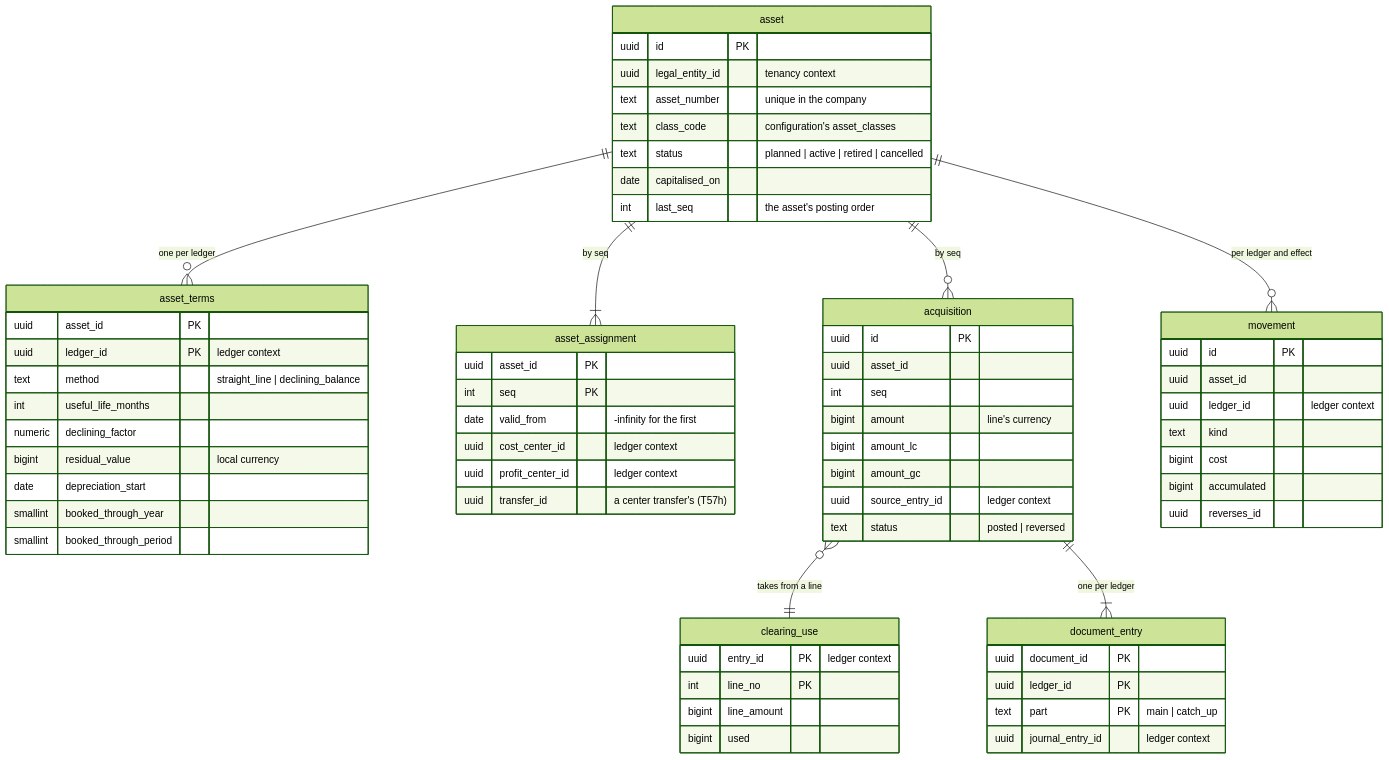
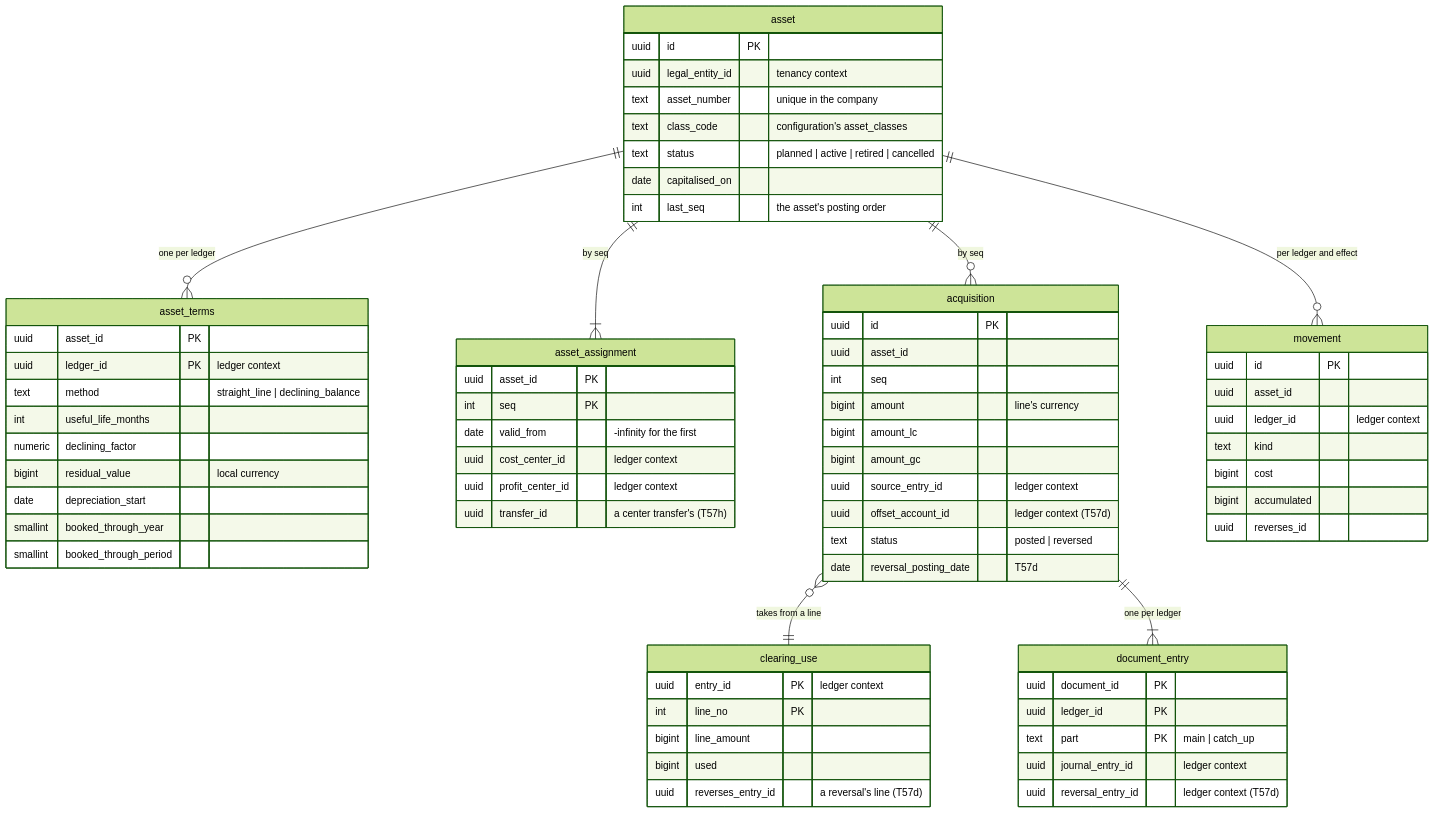
One commit to mustie7iy/agentic-erp changed diagram 13 of 13 in docs/design/03-data-model.md. Above: the diagram before and after it, drawn with Mermaid (forest theme). The commit also changed other lines of this file and 39 other files, not shown here.

Commit message:
T57d: manual acquisitions against an offset account and acquisition reversal: reverseAssetAcquisition, a reversed line's reversal line taken off the assets holding it, AssetMovementReversed (migration 000193), the ledger names the assets path, walkthrough step 22

````diff
--- a/docs/design/03-data-model.md
+++ b/docs/design/03-data-model.md
@@ -2873,54 +2873,58 @@
 ```mermaid
 erDiagram
   asset ||--o{ asset_terms : "one per ledger"
   asset ||--|{ asset_assignment : "by seq"
   asset ||--o{ acquisition : "by seq"
   asset ||--o{ movement : "per ledger and effect"
   acquisition }o--|| clearing_use : "takes from a line"
   acquisition ||--|{ document_entry : "one per ledger"
   asset { uuid id PK
     uuid legal_entity_id "tenancy context"
     text asset_number "unique in the company"
     text class_code "configuration's asset_classes"
     text status "planned | active | retired | cancelled"
     date capitalised_on
     int last_seq "the asset's posting order" }
   asset_terms { uuid asset_id PK
     uuid ledger_id PK "ledger context"
     text method "straight_line | declining_balance"
     int useful_life_months
     numeric declining_factor
     bigint residual_value "local currency"
     date depreciation_start
     smallint booked_through_year
     smallint booked_through_period }
   asset_assignment { uuid asset_id PK
     int seq PK
     date valid_from "-infinity for the first"
     uuid cost_center_id "ledger context"
     uuid profit_center_id "ledger context"
     uuid transfer_id "a center transfer's (T57h)" }
   acquisition { uuid id PK
     uuid asset_id
     int seq
     bigint amount "line's currency"
     bigint amount_lc
     bigint amount_gc
     uuid source_entry_id "ledger context"
-    text status "posted | reversed" }
+    uuid offset_account_id "ledger context (T57d)"
+    text status "posted | reversed"
+    date reversal_posting_date "T57d" }
   clearing_use { uuid entry_id PK "ledger context"
     int line_no PK
     bigint line_amount
-    bigint used }
+    bigint used
+    uuid reverses_entry_id "a reversal's line (T57d)" }
   movement { uuid id PK
     uuid asset_id
     uuid ledger_id "ledger context"
     text kind
     bigint cost
     bigint accumulated
     uuid reverses_id }
   document_entry { uuid document_id PK
     uuid ledger_id PK
     text part PK "main | catch_up"
-    uuid journal_entry_id "ledger context" }
+    uuid journal_entry_id "ledger context"
+    uuid reversal_entry_id "ledger context (T57d)" }
 ```
````
